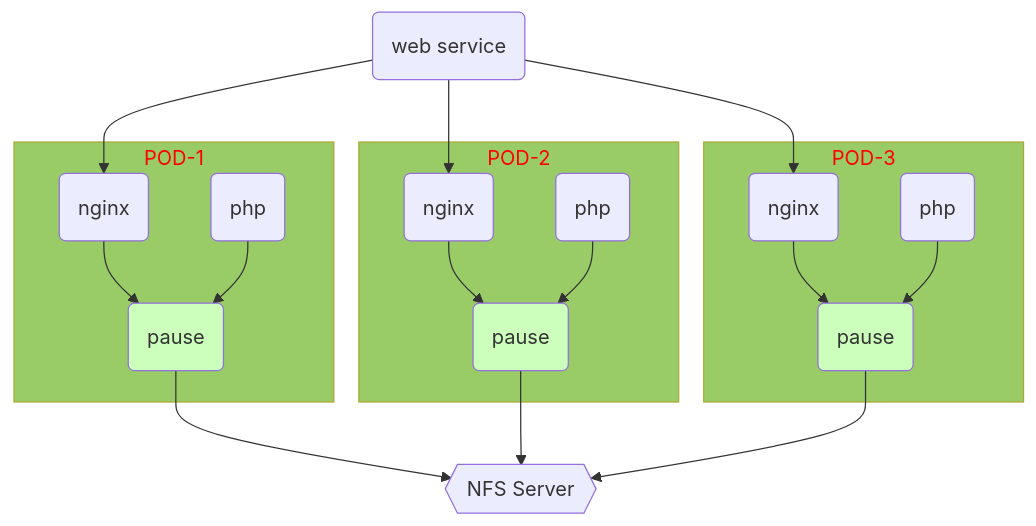
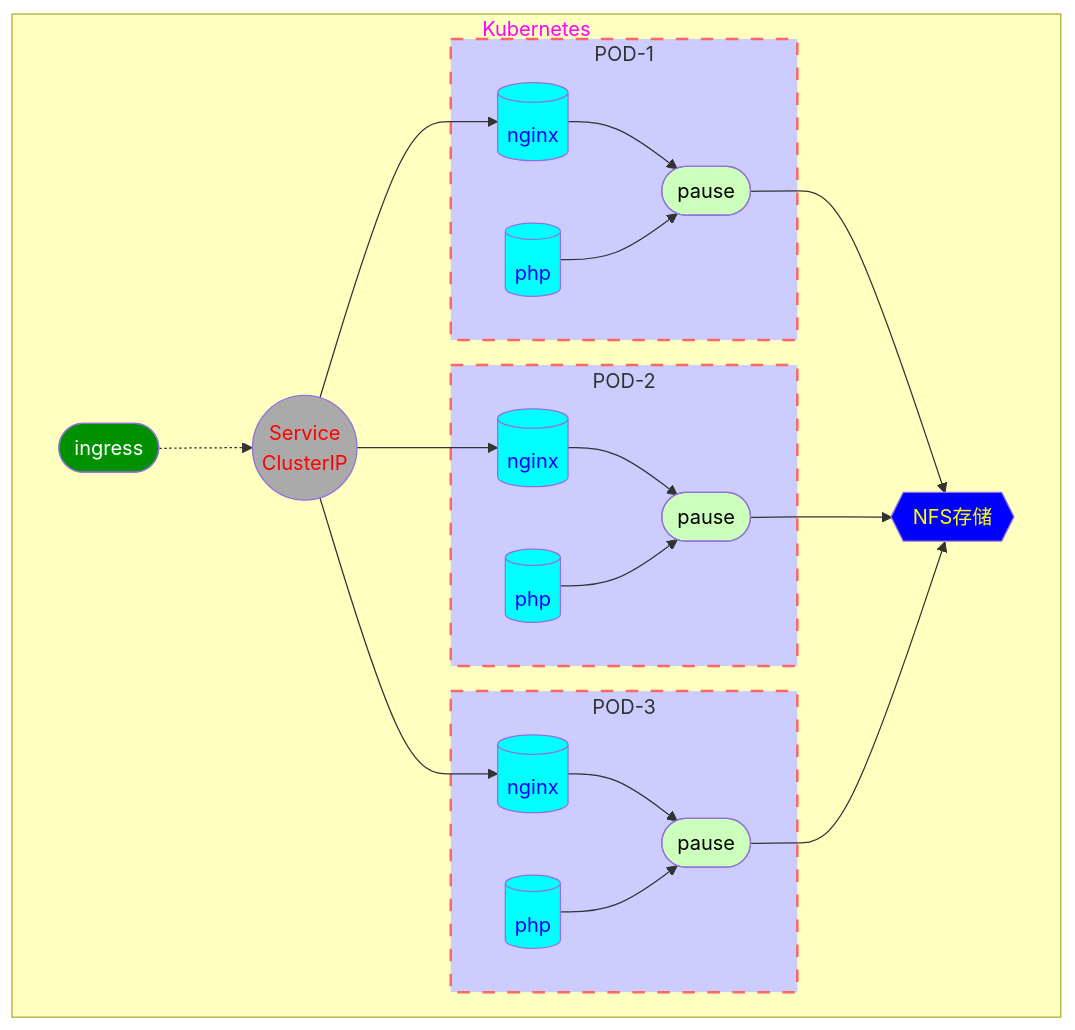
One commit to byy1679/cloud changed the diagram in CLOUD/09/K8S-04.md. Above: the diagram before and after it, drawn with Mermaid. The commit also changed 6 other files, not shown here.

````diff
--- a/CLOUD/09/K8S-04.md
+++ b/CLOUD/09/K8S-04.md
@@ -494,27 +494,27 @@
 ```mermaid
 graph TB
-subgraph POD-1
-  style POD-1 color:#ff0000,fill:#99cc66
-  N1(nginx) --> POD1(pause)
-  P1(php) --> POD1
-  style POD1 fill:#ccffbb
+subgraph Kubernetes
+  subgraph POD-1
+    N1[(nginx)] & P1[(php)] --> POD1([pause])
+  end
+  subgraph POD-2
+    N2[(nginx)] & P2[(php)] --> POD2([pause])
+  end
+  subgraph POD-3
+    N3[(nginx)] & P3[(php)] --> POD3([pause])
+  end
+  I([ingress]):::I -.-> ELB((Service<br>ClusterIP)):::ELB --> N1 & N2 & N3
+  POD1 & POD2 & POD3 --> NFS{{NFS存储}}:::NFS
 end
-subgraph POD-2
-  style POD-2 color:#ff0000,fill:#99cc66
-  N2(nginx) --> POD2(pause)
-  P2(php) --> POD2
-  style POD2 fill:#ccffbb
-end
-subgraph POD-3
-  style POD-3 color:#ff0000,fill:#99cc66
-  N3(nginx) --> POD3(pause)
-  P3(php) --> POD3
-  style POD3 fill:#ccffbb
-end
-POD1 --> NFS{{NFS Server}}
-POD2 --> NFS
-POD3 --> NFS
-WEB(web service) --> N1
-WEB --> N2
-WEB --> N3
+classDef Kubernetes fill:#ffffc0,color:#ff00ff
+class Kubernetes Kubernetes
+classDef MYPOD fill:#ccf,stroke:#f66,stroke-width:2px,stroke-dasharray: 10, 5
+class POD-1,POD-2,POD-3 MYPOD
+classDef I fill:#009000,color:#ffffff
+classDef ELB fill:#aaaaaa,color:#ff0000
+classDef WEB fill:#00ffff,color:#0000ff
+class N1,N2,N3,P1,P2,P3 WEB
+classDef POD fill:#ccffbb,color:#000000
+class POD1,POD2,POD3 POD
+classDef NFS fill:#0000ff,color:#ffff00
 ```
````
